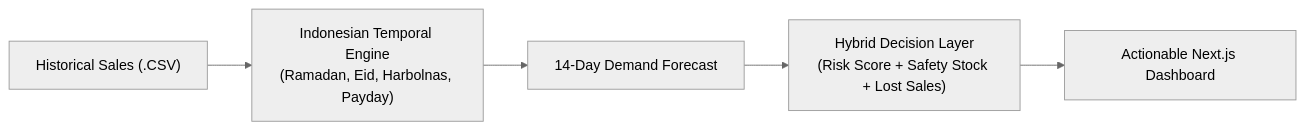
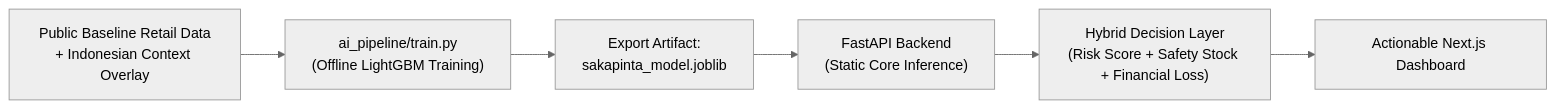
One commit to HusniAbdillah/Sakapinta changed the diagram in README.md. Above: the diagram before and after it, drawn with Mermaid (neutral theme). The commit also changed other lines of this file, not shown here.

Commit message:
feat: Revise README to enhance clarity on AI pipeline and key features

````diff
--- a/README.md
+++ b/README.md
@@ -12,7 +12,8 @@
 ```mermaid
 flowchart LR
-    A["Historical Sales (.CSV)"] --> B["Indonesian Temporal Engine\n(Ramadan, Eid, Harbolnas, Payday)"]
-    B --> C["14-Day Demand Forecast"]
-    C --> D["Hybrid Decision Layer\n(Risk Score + Safety Stock + Lost Sales)"]
-    D --> E["Actionable Next.js Dashboard"]
+    A["Public Baseline Retail Data\n+ Indonesian Context Overlay"] --> B["ai_pipeline/train.py\n(Offline LightGBM Training)"]
+    B --> C["Export Artifact:\nsakapinta_model.joblib"]
+    C --> D["FastAPI Backend\n(Static Core Inference)"]
+    D --> E["Hybrid Decision Layer\n(Risk Score + Safety Stock + Financial Loss)"]
+    E --> F["Actionable Next.js Dashboard"]
 ```
````
